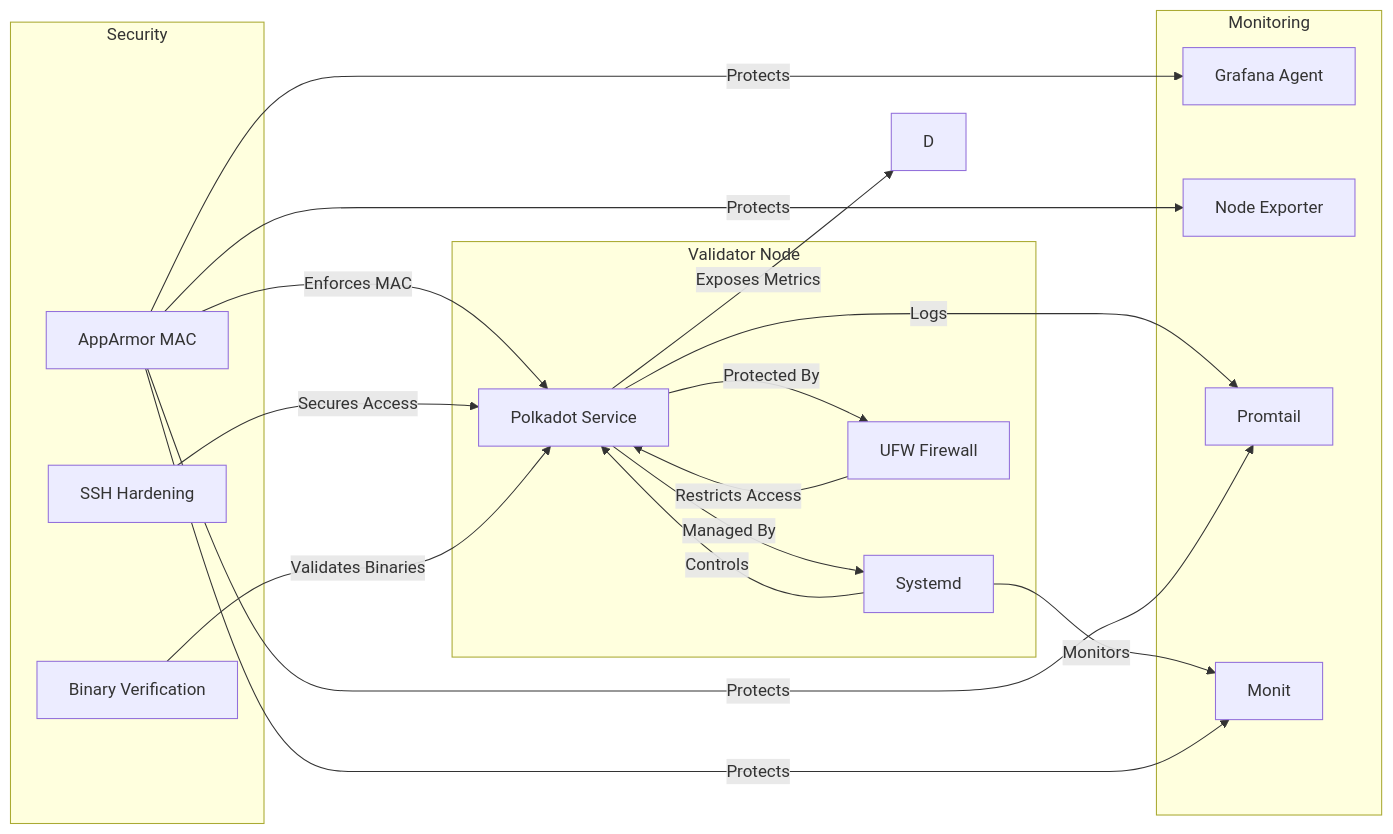
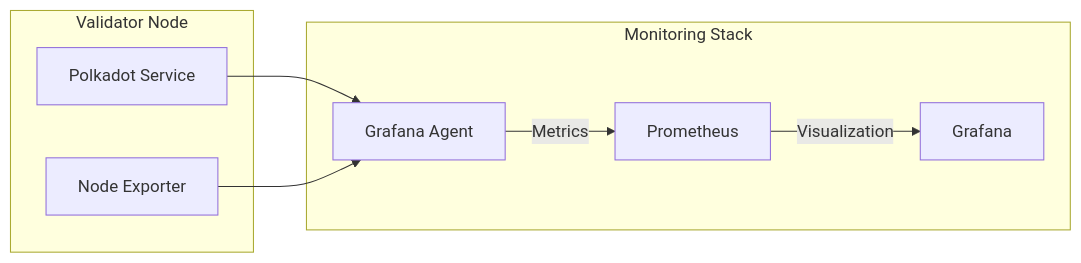
One commit to pampatzoglou/provision-validators changed the second of 2 diagrams in README.md. Above: the diagram before and after it, drawn with Mermaid. The commit also changed other lines of this file and 3 other files, not shown here.

````diff
--- a/README.md
+++ b/README.md
@@ -63,39 +51,15 @@
 ```mermaid
 graph LR
     subgraph Validator Node
         A[Polkadot Service]
-        B[Systemd]
-        C[UFW Firewall]
+        B[Node Exporter]
     end
 
-    subgraph Monitoring
-        E[Grafana Agent]
-        F[Node Exporter]
-        G[Promtail]
-        H[Monit]
+    subgraph Monitoring Stack
+        C[Grafana Agent] --> |Metrics| D[Prometheus]
+        D --> |Visualization| E[Grafana]
     end
 
-    subgraph Security
-        I[SSH Hardening]
-        J[Binary Verification]
-        K[AppArmor MAC]
-    end
-
-    A -->|Exposes Metrics| D
-    A -->|Logs| G
-    A -->|Managed By| B
-    A -->|Protected By| C
-
-    B -->|Monitors| H
-    B -->|Controls| A
-
-    C -->|Restricts Access| A
-    K -->|Enforces MAC| A
-    K -->|Protects| E
-    K -->|Protects| F
-    K -->|Protects| G
-    K -->|Protects| H
-
-    I -->|Secures Access| A
-    J -->|Validates Binaries| A
+    A --> C
+    B --> C
 ```
````
